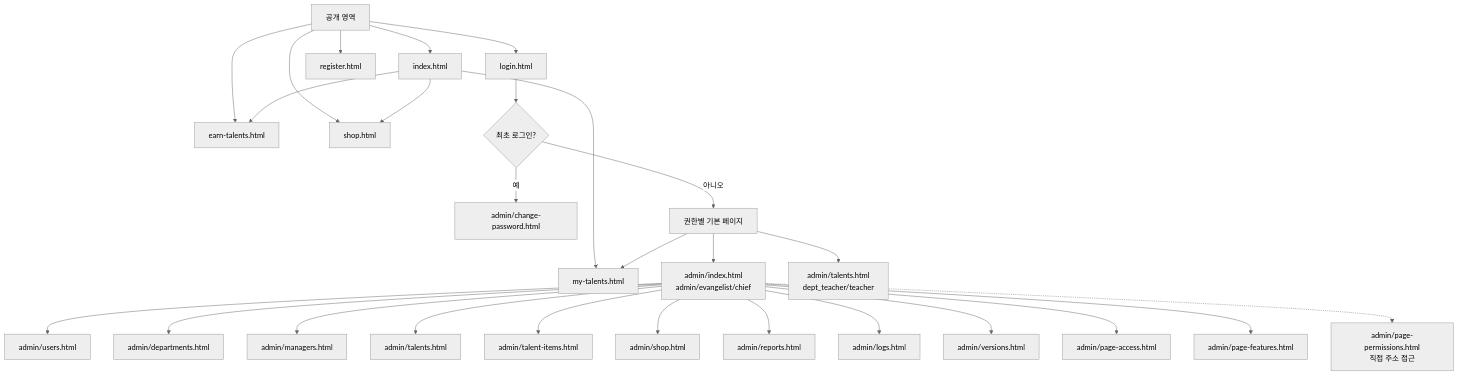
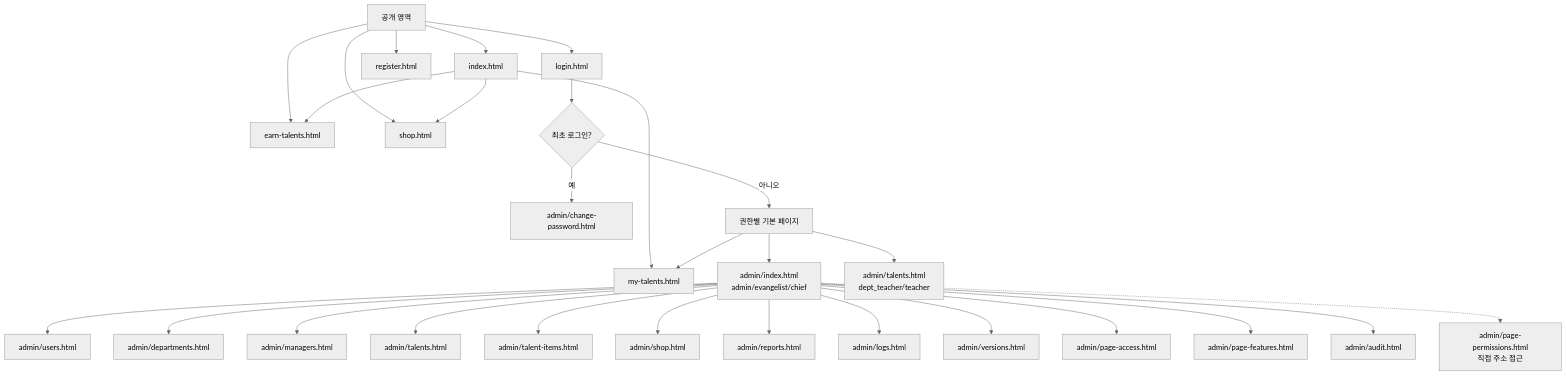
One commit to CHO-Talents/CHO-Talents changed the first of 6 diagrams in README.md. Above: the diagram before and after it, drawn with Mermaid (neutral theme). The commit also changed other lines of this file and 26 other files, not shown here.

````diff
--- a/README.md
+++ b/README.md
@@ -99,32 +102,33 @@
 ```mermaid
 flowchart TD
   Public["공개 영역"] --> Home["index.html"]
   Public --> Earn["earn-talents.html"]
   Public --> Shop["shop.html"]
   Public --> Login["login.html"]
   Public --> Register["register.html"]
 
   Home --> Earn
   Home --> Shop
   Home --> MyTalents["my-talents.html"]
   Login --> FirstLogin{"최초 로그인?"}
   FirstLogin -->|예| ChangePassword["admin/change-password.html"]
   FirstLogin -->|아니오| Redirect["권한별 기본 페이지"]
 
   Redirect --> AdminDash["admin/index.html<br/>admin/evangelist/chief"]
   Redirect --> DeptTalent["admin/talents.html<br/>dept_teacher/teacher"]
   Redirect --> MyTalents
 
   AdminDash --> Users["admin/users.html"]
   AdminDash --> Departments["admin/departments.html"]
   AdminDash --> Managers["admin/managers.html"]
   AdminDash --> Talents["admin/talents.html"]
   AdminDash --> TalentItems["admin/talent-items.html"]
   AdminDash --> AdminShop["admin/shop.html"]
   AdminDash --> Reports["admin/reports.html"]
   AdminDash --> Logs["admin/logs.html"]
   AdminDash --> Versions["admin/versions.html"]
   AdminDash --> PageAccess["admin/page-access.html"]
   AdminDash --> PageFeatures["admin/page-features.html"]
+  AdminDash --> Audit["admin/audit.html"]
   AdminDash -.-> PagePerms["admin/page-permissions.html<br/>직접 주소 접근"]
 ```
````
